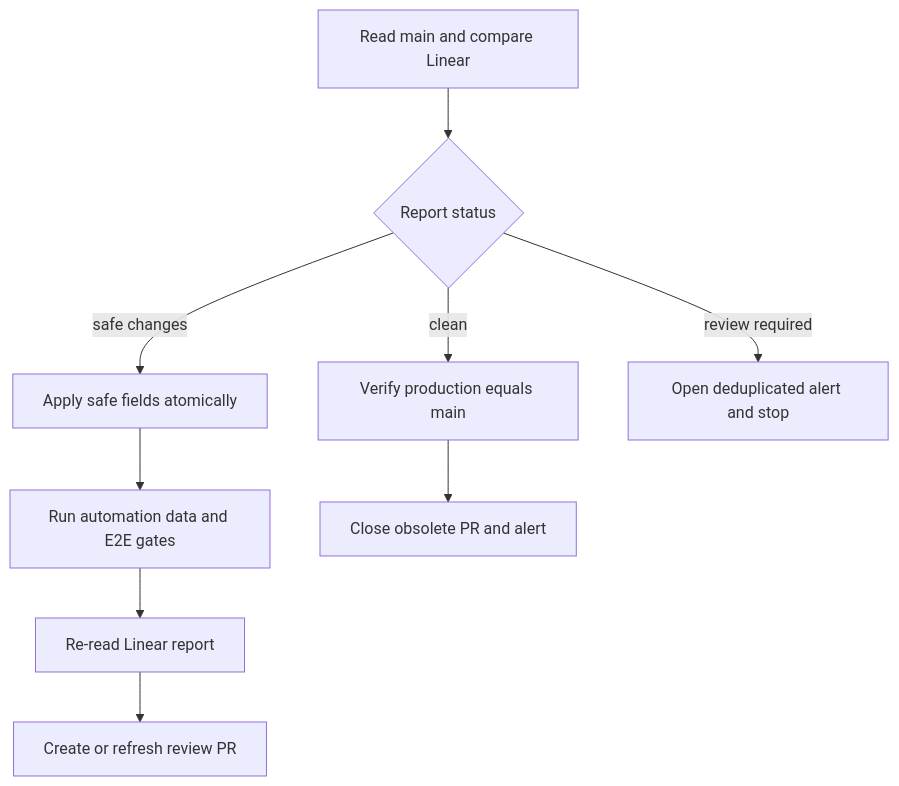
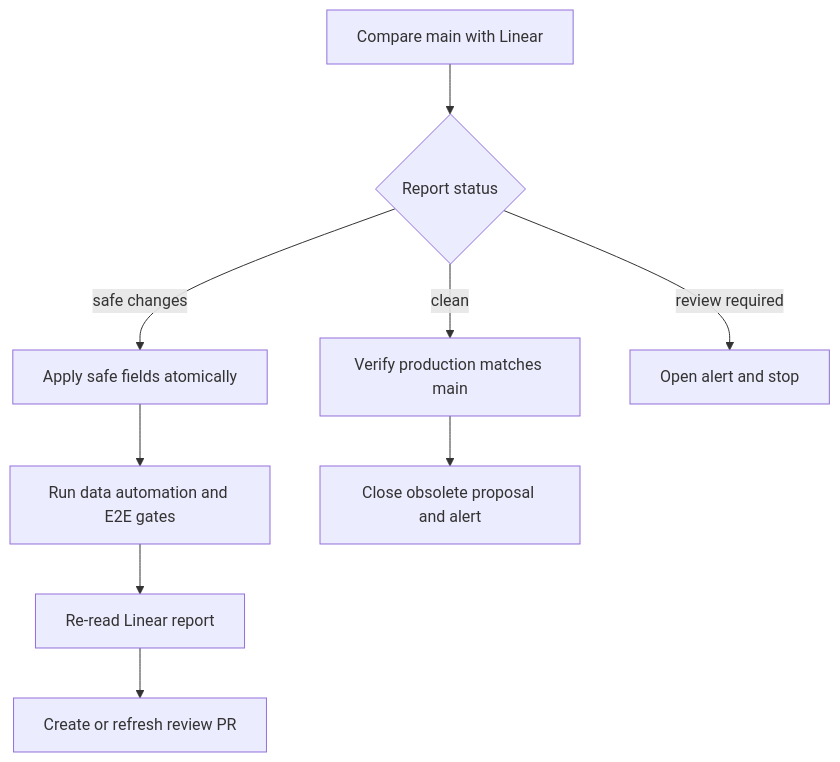
One commit to maximofn/gymnasia changed the third of 4 diagrams in openwiki/services/architecture-board.md. Above: the diagram before and after it, drawn with Mermaid. The commit also changed other lines of this file and 54 other files, not shown here.

````diff
--- a/openwiki/services/architecture-board.md
+++ b/openwiki/services/architecture-board.md
@@ -118,11 +122,11 @@
 ```mermaid
 flowchart TD
-    Audit["Read main and compare Linear"] --> Classify{"Report status"}
-    Classify -->|clean| CheckProduction["Verify production equals main"]
-    Classify -->|safe changes| Apply["Apply safe fields atomically"]
-    Apply --> Retest["Run automation data and E2E gates"]
-    Retest --> Recheck["Re-read Linear report"]
+    Audit["Compare main with Linear"] --> Classify{"Report status"}
+    Classify -->|"clean"| Verify["Verify production matches main"]
+    Classify -->|"safe changes"| Apply["Apply safe fields atomically"]
+    Apply --> Gates["Run data automation and E2E gates"]
+    Gates --> Recheck["Re-read Linear report"]
     Recheck --> Proposal["Create or refresh review PR"]
-    Classify -->|review required| Alert["Open deduplicated alert and stop"]
-    CheckProduction --> Healthy["Close obsolete PR and alert"]
+    Classify -->|"review required"| Alert["Open alert and stop"]
+    Verify --> Healthy["Close obsolete proposal and alert"]
 ```
````
